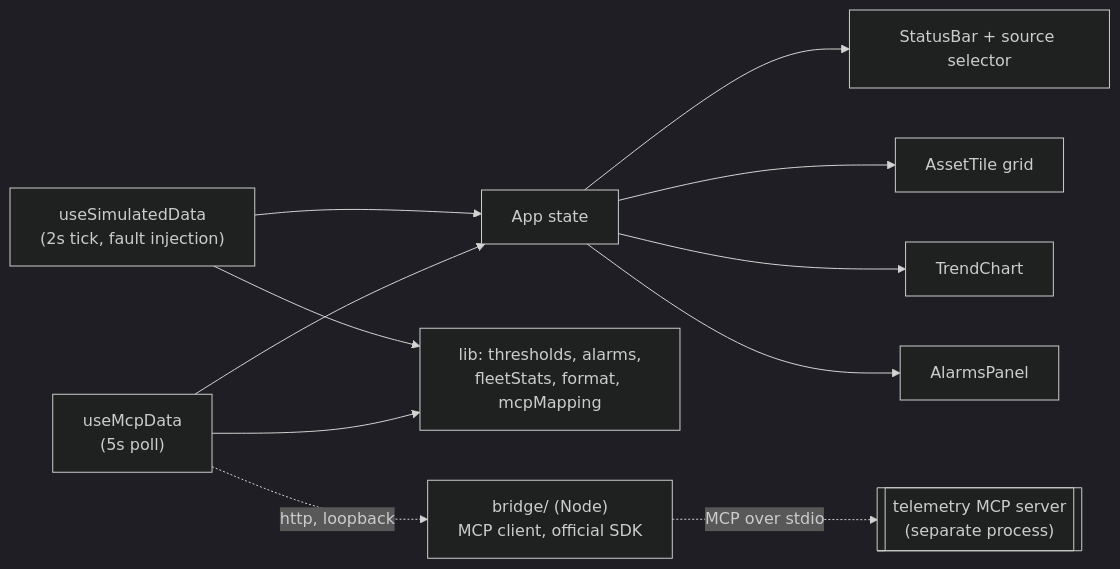
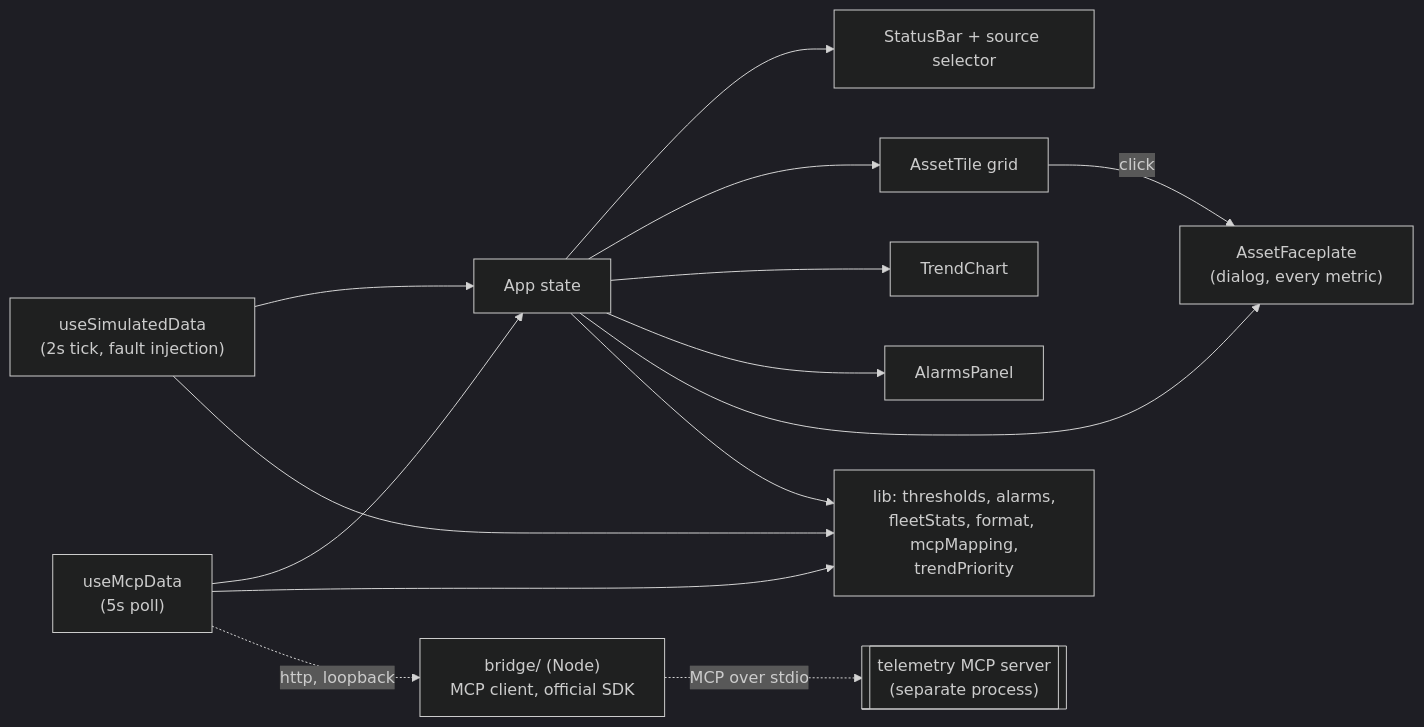
Before and after one commit to Younes-Alaoui-Ismaili/Industrial-telemetry-dashboard: the diagram in README.md, drawn with Mermaid (dark theme). The commit also changed other lines of this file and 10 other files, not shown here.

First line of the commit message:
feat: asset faceplates and a fleet critical trend zone (#2)

````diff
--- a/README.md
+++ b/README.md
@@ -91,13 +93,16 @@
 ```mermaid
 flowchart LR
     Sim["useSimulatedData<br/>(2s tick, fault injection)"] --> State[App state]
     Mcp["useMcpData<br/>(5s poll)"] --> State
     State --> Bar[StatusBar + source selector]
     State --> Grid[AssetTile grid]
     State --> Trend[TrendChart]
     State --> Panel[AlarmsPanel]
-    Sim --> Lib["lib: thresholds, alarms,<br/>fleetStats, format, mcpMapping"]
+    Grid -- "click" --> Face["AssetFaceplate<br/>(dialog, every metric)"]
+    State --> Face
+    Sim --> Lib["lib: thresholds, alarms,<br/>fleetStats, format, mcpMapping,<br/>trendPriority"]
     Mcp --> Lib
+    State --> Lib
     Mcp -. "http, loopback" .-> Bridge["bridge/ (Node)<br/>MCP client, official SDK"]
     Bridge -. "MCP over stdio" .-> Server[["telemetry MCP server<br/>(separate process)"]]
 ```
````
